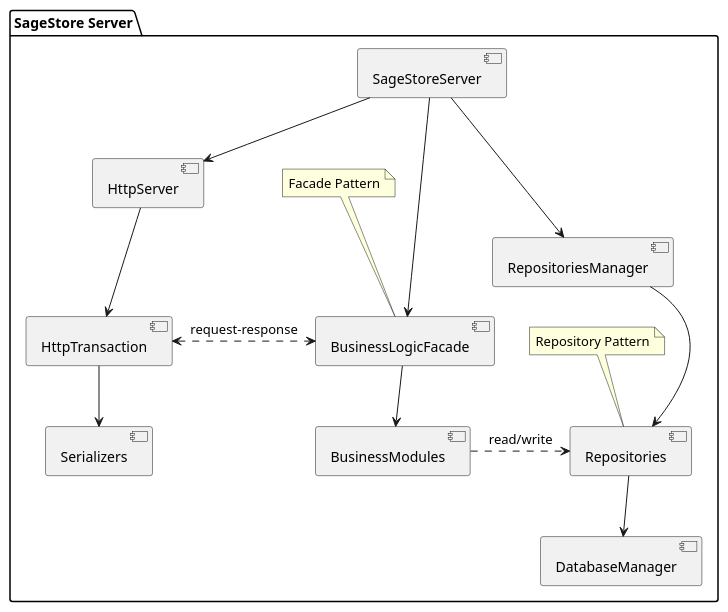
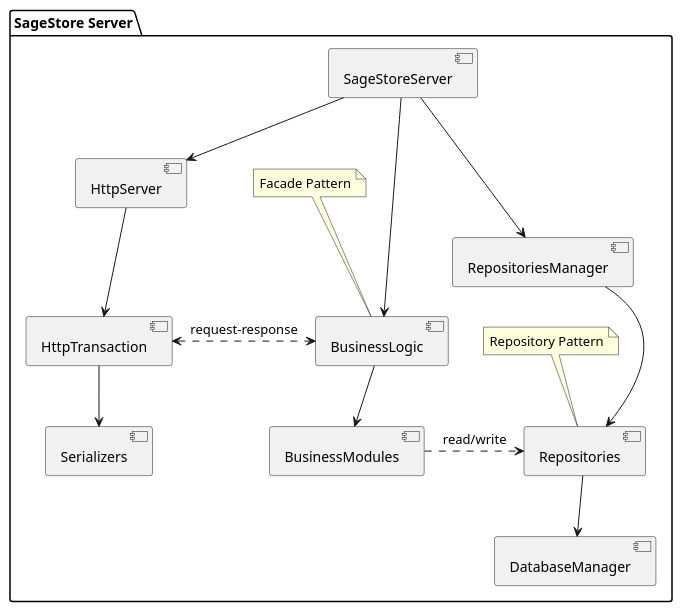
The diagram in docs/server/plantuml/Server_Design.puml (Sage-Cat/SageStore), drawn with PlantUML before and after one commit. The commit also changed 23 other files, not shown here.

```diff
--- a/docs/server/plantuml/Server_Design.puml
+++ b/docs/server/plantuml/Server_Design.puml
@@ -1,37 +1,37 @@
 @startuml
 skinparam componentStyle uml2
 
 package "SageStore Server" {
     [SageStoreServer] as SSS 
     [HttpServer] as HS 
     [HttpTransaction] as HT 
     [Serializers] as S 
-    [BusinessLogicFacade] as BLF 
+    [BusinessLogic] as BLF 
     [BusinessModules] as BM 
     [RepositoriesManager] as RM
     [DatabaseManager] as DM
     [Repositories] as R  
 
     SSS -down-> HS 
     SSS -down-> BLF 
     SSS -down-> RM
 
     HS -down-> HT
     HT -down-> S 
 
     BLF -down-> BM
     HT <.> BLF : "request-response"
 
     RM -down-> R 
     R -down-> DM
 
     BM .> R : "read/write"
 
     note "Repository Pattern" as RepoNote1
     RepoNote1 .. R
 
     note "Facade Pattern" as RepoNote2
     RepoNote2 .. BLF
 }
 
 @enduml
```
